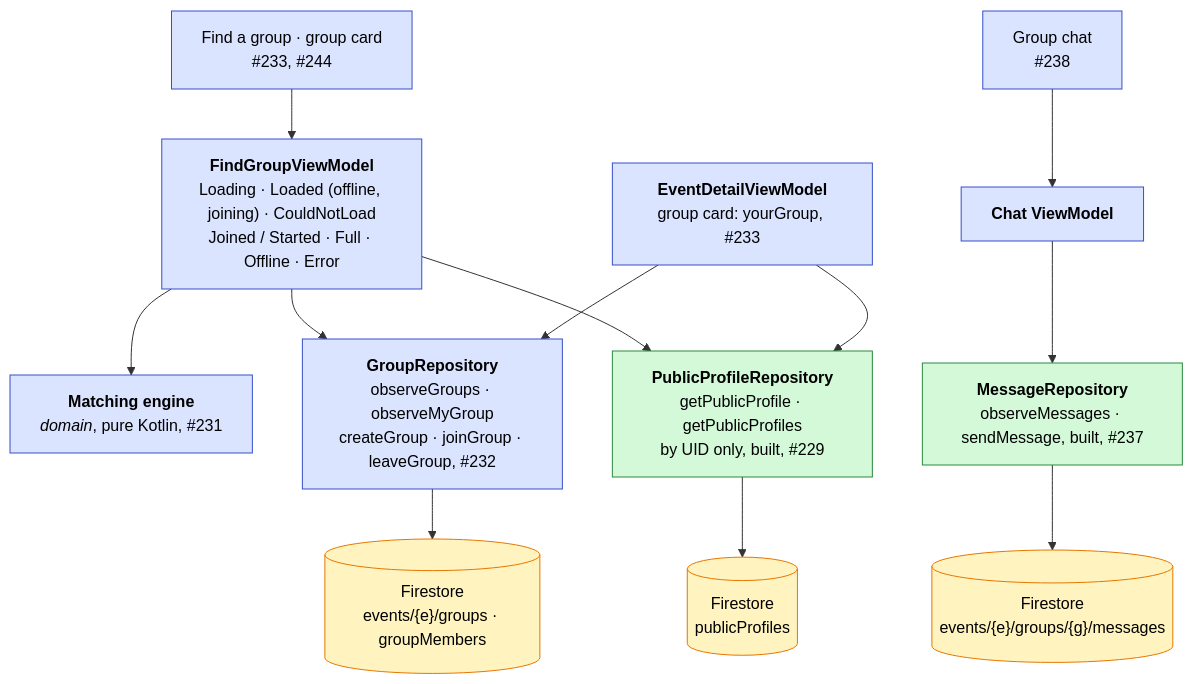
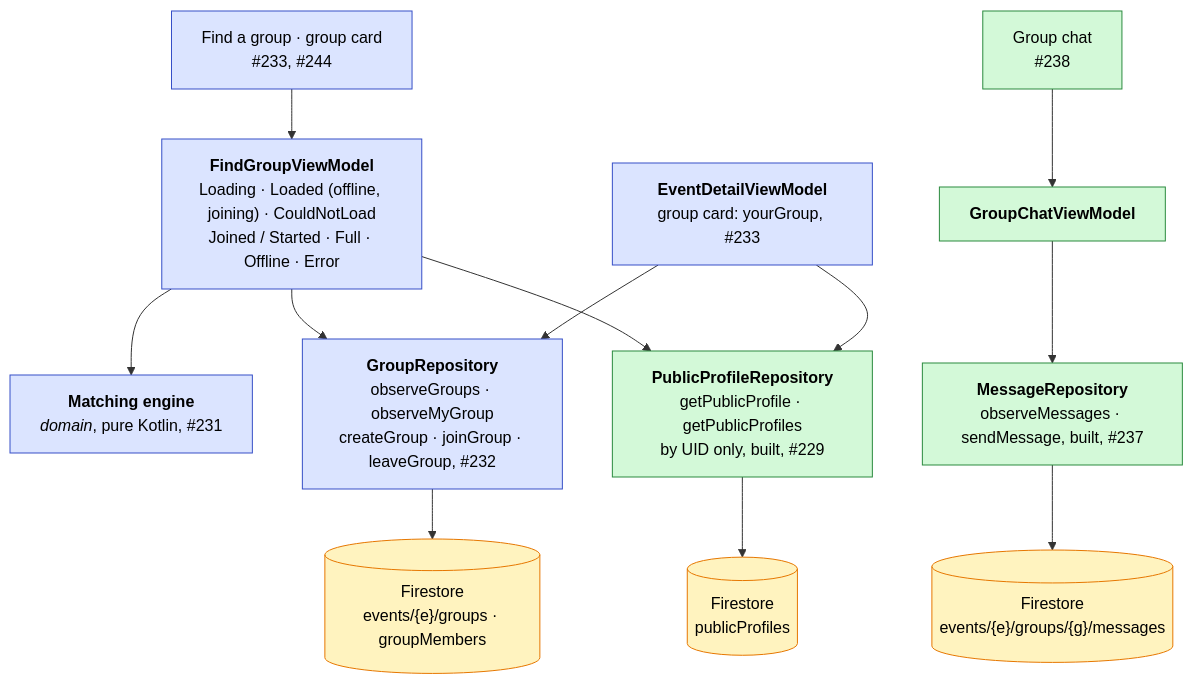
The sixth of 13 diagrams in docs/Architecture-Diagram.md (swent-polysocial/PolySocial), drawn with Mermaid before and after one commit. The commit also changed other lines of this file and 16 other files, not shown here.

````diff
--- a/docs/Architecture-Diagram.md
+++ b/docs/Architecture-Diagram.md
@@ -228,18 +228,18 @@
 ```mermaid
 flowchart TB
   classDef pb fill:#dbe4ff,stroke:#364fc7,color:#000
   classDef ext fill:#fff3bf,stroke:#e67700,color:#000
 
   classDef s1 fill:#d3f9d8,stroke:#2b8a3e,color:#000
 
   find["Find a group · group card<br/>#233, #244"]:::pb --> findVM["<b>FindGroupViewModel</b><br/>Loading · Loaded (offline, joining) · CouldNotLoad<br/>Joined / Started · Full · Offline · Error"]:::pb
   findVM --> match["<b>Matching engine</b><br/><i>domain</i>, pure Kotlin, #231"]:::pb
   findVM --> groups["<b>GroupRepository</b><br/>observeGroups · observeMyGroup<br/>createGroup · joinGroup · leaveGroup, #232"]:::pb
   findVM --> pub["<b>PublicProfileRepository</b><br/>getPublicProfile · getPublicProfiles<br/>by UID only, built, #229"]:::s1
   detailVM["<b>EventDetailViewModel</b><br/>group card: yourGroup, #233"]:::pb --> groups
   detailVM --> pub
-  chat["Group chat<br/>#238"]:::pb --> chatVM["<b>Chat ViewModel</b>"]:::pb --> msgs["<b>MessageRepository</b><br/>observeMessages · sendMessage, built, #237"]:::s1
+  chat["Group chat<br/>#238"]:::s1 --> chatVM["<b>GroupChatViewModel</b>"]:::s1 --> msgs["<b>MessageRepository</b><br/>observeMessages · sendMessage, built, #237"]:::s1
   groups --> fs[("Firestore<br/>events/{e}/groups · groupMembers")]:::ext
   pub --> fs2[("Firestore<br/>publicProfiles")]:::ext
   msgs --> fs3[("Firestore<br/>events/{e}/groups/{g}/messages")]:::ext
 ```
````
